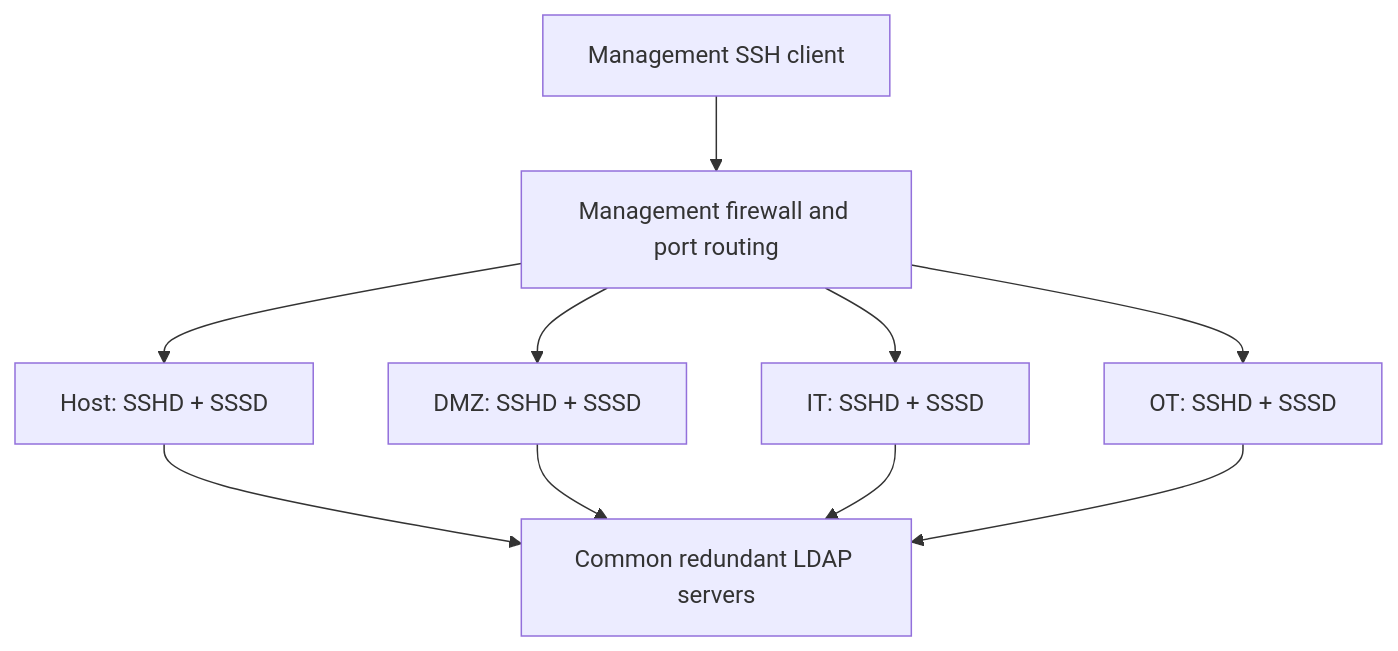
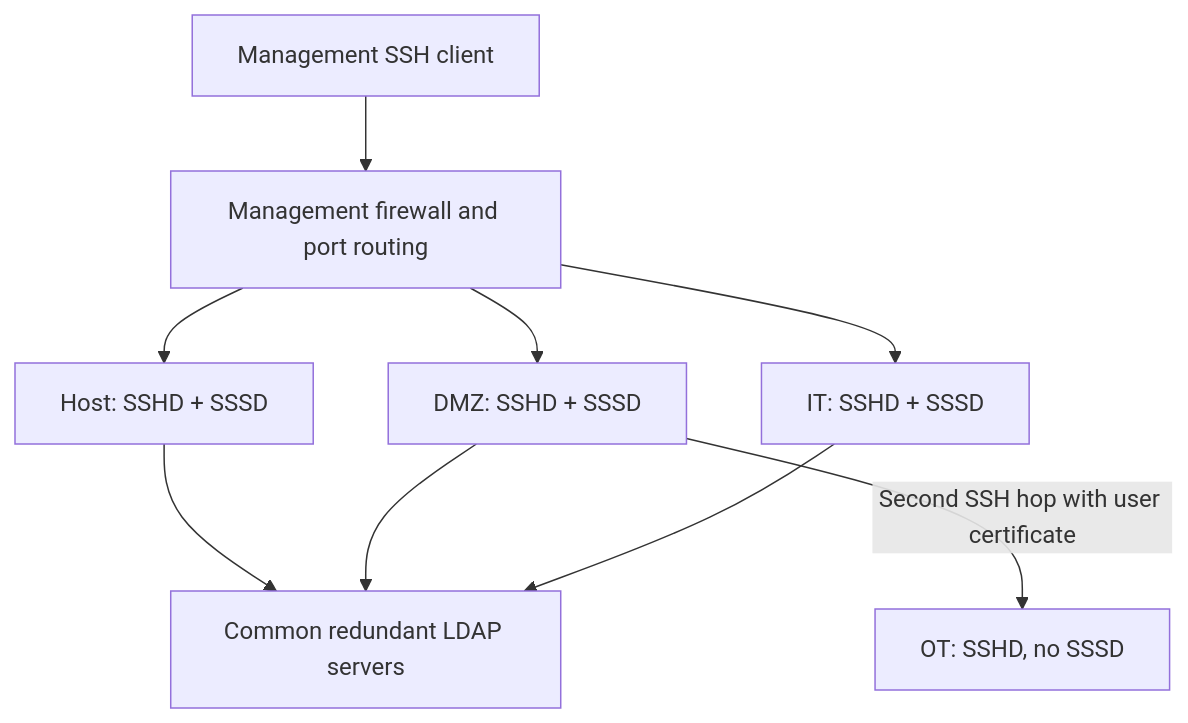
Before and after one commit to recardo-cheng1980/design-documents: the first of 3 diagrams in IT_OT_Solution_B_Four_SSHD_SSSD_Design.md, drawn with Mermaid. The commit also changed other lines of this file, not shown here.

Commit message:
docs: route OT SSH through DMZ with external user certificates

````diff
--- a/IT_OT_Solution_B_Four_SSHD_SSSD_Design.md
+++ b/IT_OT_Solution_B_Four_SSHD_SSSD_Design.md
@@ -23,9 +24,9 @@
 ```mermaid
 flowchart TD
     C["Management SSH client"] --> F["Management firewall and port routing"]
     F --> H["Host: SSHD + SSSD"]
     F --> D["DMZ: SSHD + SSSD"]
     F --> I["IT: SSHD + SSSD"]
-    F --> O["OT: SSHD + SSSD"]
-    H & D & I & O --> L["Common redundant LDAP servers"]
+    D -->|"Second SSH hop with user certificate"| O["OT: SSHD, no SSSD"]
+    H & D & I --> L["Common redundant LDAP servers"]
 ```
````
